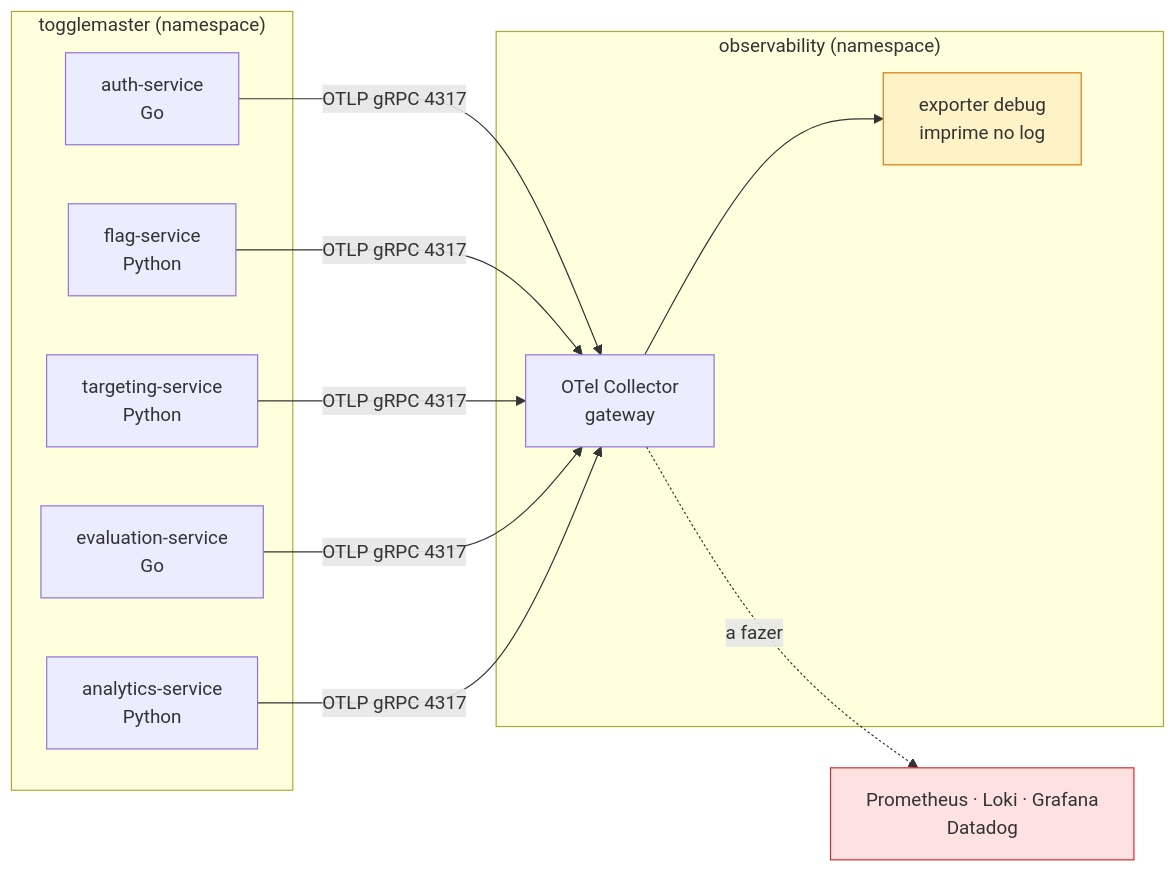
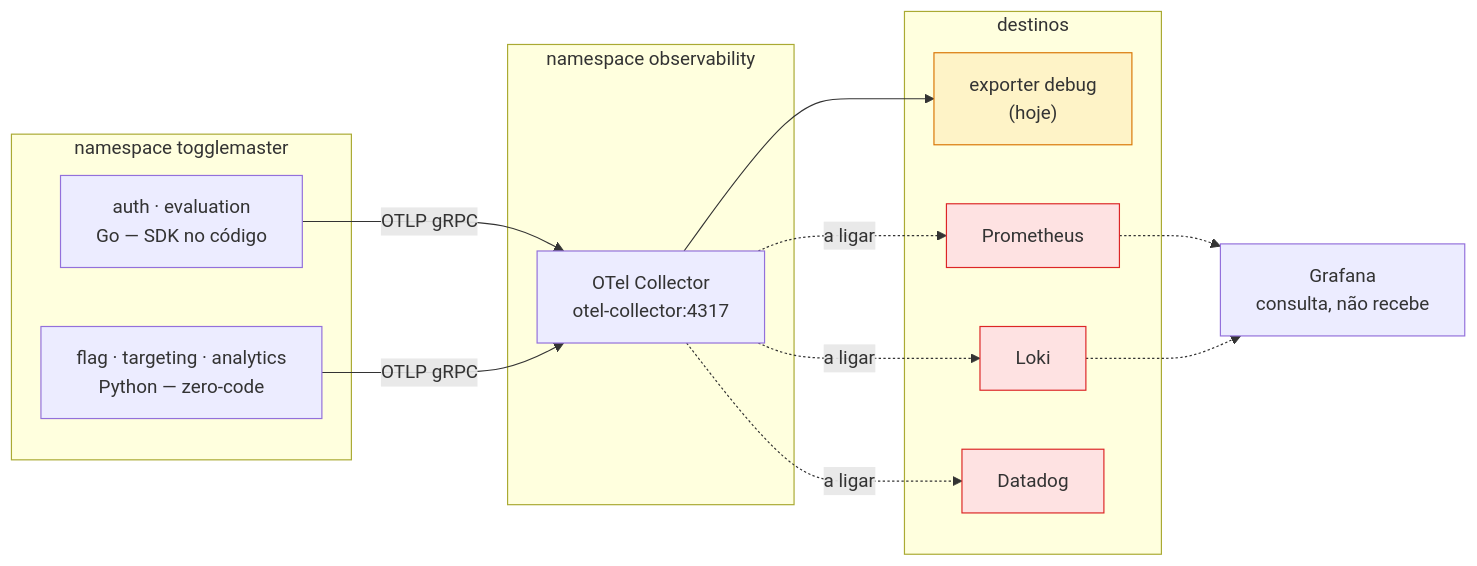
Before and after one commit to fiap-tech-challenge-devops/togglemaster-gitops: the diagram in docs/guia-observabilidade.md, drawn with Mermaid. The commit also changed other lines of this file, not shown here.

````diff
--- a/docs/guia-observabilidade.md
+++ b/docs/guia-observabilidade.md
@@ -13,24 +15,30 @@
 ```mermaid
 flowchart LR
-    subgraph apps["togglemaster (namespace)"]
-        auth["auth-service<br/>Go"]
-        flag["flag-service<br/>Python"]
-        targeting["targeting-service<br/>Python"]
-        evaluation["evaluation-service<br/>Go"]
-        analytics["analytics-service<br/>Python"]
+    subgraph apps["namespace togglemaster"]
+        go["auth · evaluation<br/>Go — SDK no código"]
+        py["flag · targeting · analytics<br/>Python — zero-code"]
     end
 
-    subgraph obs["observability (namespace)"]
-        col["OTel Collector<br/>gateway"]
-        debug["exporter debug<br/>imprime no log"]
+    subgraph obs["namespace observability"]
+        col["OTel Collector<br/>otel-collector:4317"]
     end
 
-    faltando["Prometheus · Loki · Grafana<br/>Datadog"]
+    subgraph dest["destinos"]
+        debug["exporter debug<br/>(hoje)"]
+        prom["Prometheus"]
+        loki["Loki"]
+        dd["Datadog"]
+    end
 
-    auth & flag & targeting & evaluation & analytics -->|"OTLP gRPC 4317"| col
+    graf["Grafana<br/>consulta, não recebe"]
+
+    go & py -->|"OTLP gRPC"| col
     col --> debug
-    col -.->|"a fazer"| faltando
+    col -.->|"a ligar"| prom & loki & dd
+    prom & loki -.-> graf
 
-    style faltando fill:#fee2e2,stroke:#dc2626
     style debug fill:#fef3c7,stroke:#d97706
+    style prom fill:#fee2e2,stroke:#dc2626
+    style loki fill:#fee2e2,stroke:#dc2626
+    style dd fill:#fee2e2,stroke:#dc2626
 ```
````
